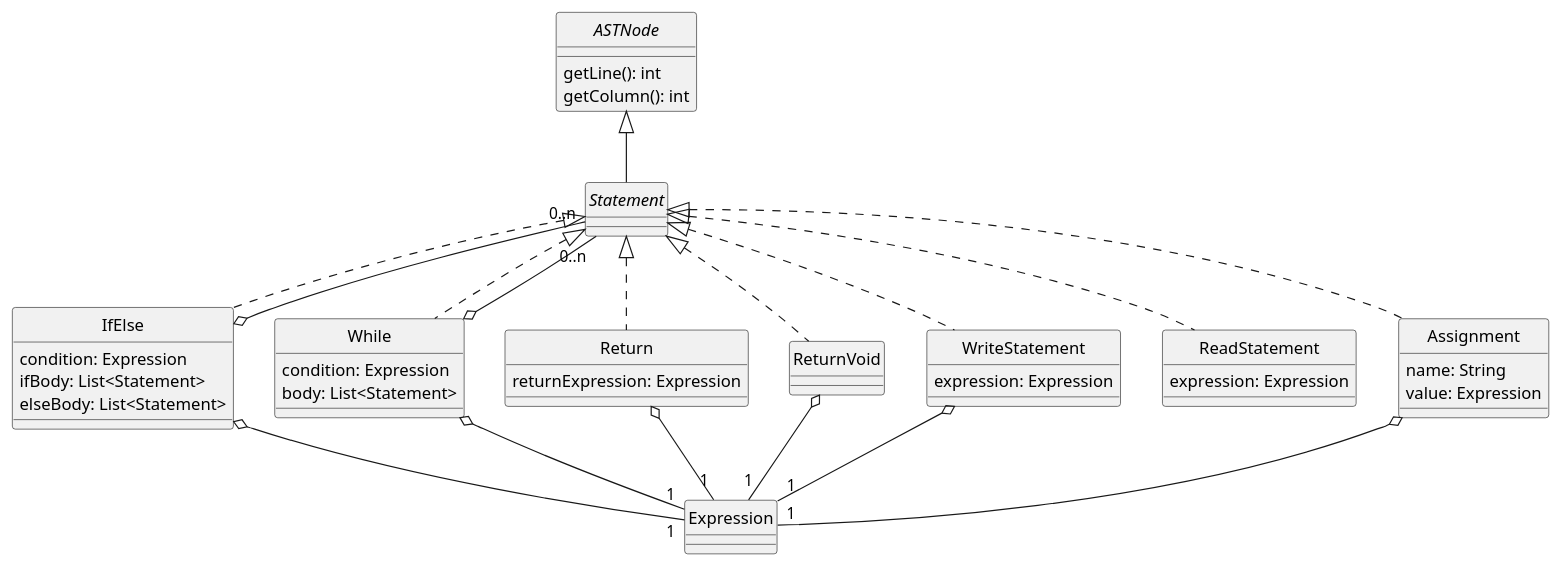
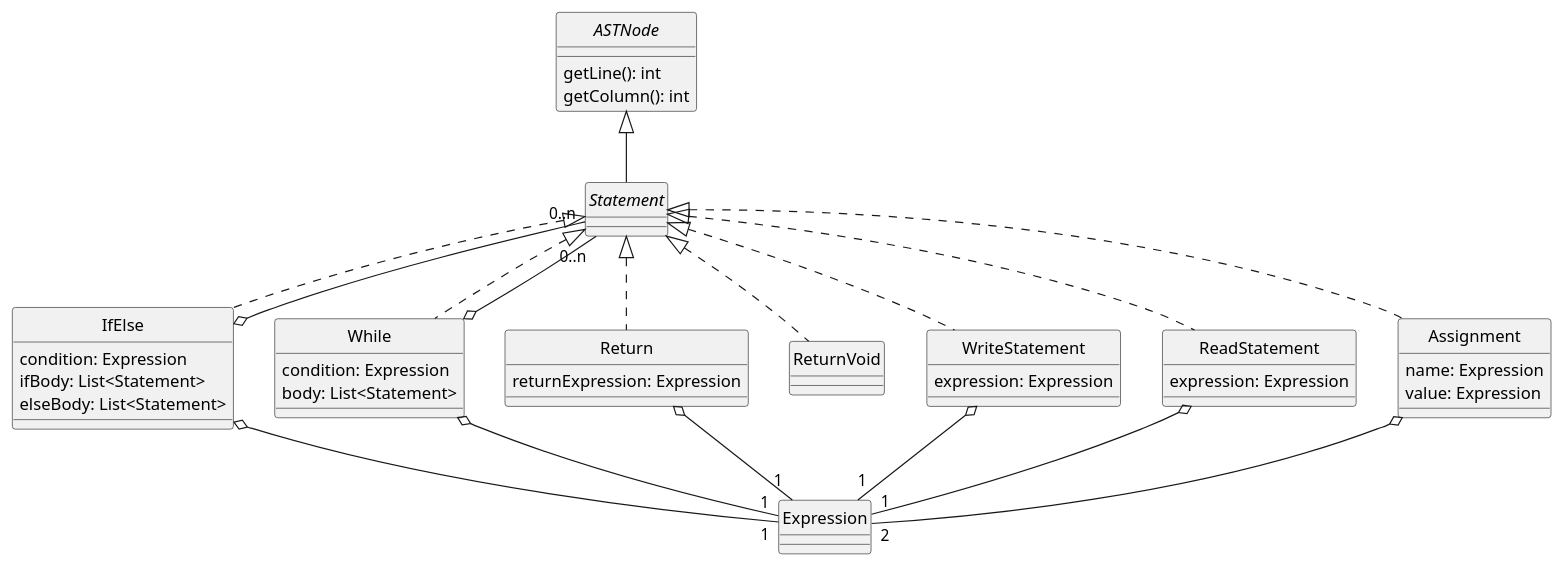
One commit to DavidGonzalezFernandez/dlp-compiler changed the diagram in docs/diagrams/statements.plantuml. Above: the diagram before and after it, drawn with PlantUML.

Commit message:
Añado cardinalidad al diagrama statements

```diff
--- a/docs/diagrams/statements.plantuml
+++ b/docs/diagrams/statements.plantuml
@@ -1,75 +1,73 @@
 @startuml Statements
 skinparam style strictuml
 skinparam monochrome true
 
 interface ASTNode {
     getLine(): int
     getColumn(): int
 }
 
 interface Statement
 ASTNode <|-- Statement
 
+
 /'
 Una sentencia condicional se define usando la palabra clave if seguida de una condición.
 El cuerpo de dicha sentencia estará comprendido entre do y end.
 Se podrá usar la palabra clave else.
 '/
 class IfElse {
     condition: Expression
     ifBody: List<Statement>
     elseBody: List<Statement>   /'puede no haber else, la lista estaría vacía'/
 }
-' TODO: comprobar composición
 Statement <|.. IfElse
 IfElse o-- "1" Expression
 IfElse o-- "0..n" Statement
+
 
 class While {
     condition: Expression
     body: List<Statement>
 }
-' TODO: comprobar composición
 Statement <|.. While
 While o-- "1" Expression
 While o-- "0..n" Statement
+
 
 ' El return debe estar seguido obligatoriamente de una expresión
 class Return {
     returnExpression: Expression
 }
-' TODO: comprobar composición
 Statement <|.. Return
 Return o-- "1" Expression
 
+
 ' Return para cuando no se devuelve una expresión
 class ReturnVoid
-' TODO: comprobar composición
 Statement <|.. ReturnVoid
-ReturnVoid o-- "1" Expression
+
 
 ' Write no tiene una lista de Expression, se genera un Write para cada Expression
 class WriteStatement {
     expression: Expression
 }
-' TODO: comprobar composición
 Statement <|.. WriteStatement
 WriteStatement o-- "1" Expression
 
 
 class ReadStatement {
     expression: Expression
 }
-' TODO: comprobar composición
 Statement <|.. ReadStatement
+ReadStatement o-- "1" Expression
 
 ' Una asignación está compuesta por dos expresiones separadas por el operador =.
 class Assignment {
-    name: String
+    name: Expression
     value: Expression
 }
-' TODO: comprobar composición
 Statement <|.. Assignment
-Assignment o-- "1" Expression
+Assignment o-- "2" Expression
 
 @enduml
```
